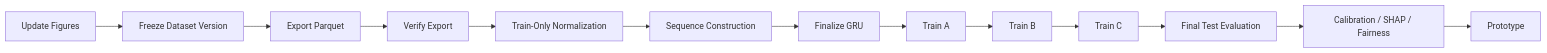
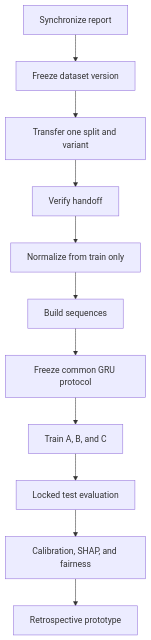
The fourth of 4 diagrams in SEPSIS_PROJECT_MASTER_ROADMAP_RENDER_SAFE.md (ojbanskota-7/sepsis), drawn with Mermaid before and after one commit. The commit also changed other lines of this file and 1 other file, not shown here.

Commit message:
updated one

````diff
--- a/SEPSIS_PROJECT_MASTER_ROADMAP_RENDER_SAFE.md
+++ b/SEPSIS_PROJECT_MASTER_ROADMAP_RENDER_SAFE.md
@@ -1599,15 +1616,13 @@
 ```mermaid
-flowchart LR
-    F["Update Figures"] --> S["Freeze Dataset Version"]
-    S --> E["Export Parquet"]
-    E --> V["Verify Export"]
-    V --> N["Train-Only Normalization"]
-    N --> Q["Sequence Construction"]
-    Q --> G["Finalize GRU"]
-    G --> A["Train A"]
-    A --> B["Train B"]
-    B --> C["Train C"]
-    C --> T["Final Test Evaluation"]
-    T --> R["Calibration / SHAP / Fairness"]
-    R --> P["Prototype"]
+flowchart TD
+    F["Synchronize report"] --> S["Freeze dataset version"]
+    S --> E["Transfer one split and variant"]
+    E --> V["Verify handoff"]
+    V --> N["Normalize from train only"]
+    N --> Q["Build sequences"]
+    Q --> G["Freeze common GRU protocol"]
+    G --> M["Train A, B, and C"]
+    M --> T["Locked test evaluation"]
+    T --> R["Calibration, SHAP, and fairness"]
+    R --> P["Retrospective prototype"]
 ```
````
